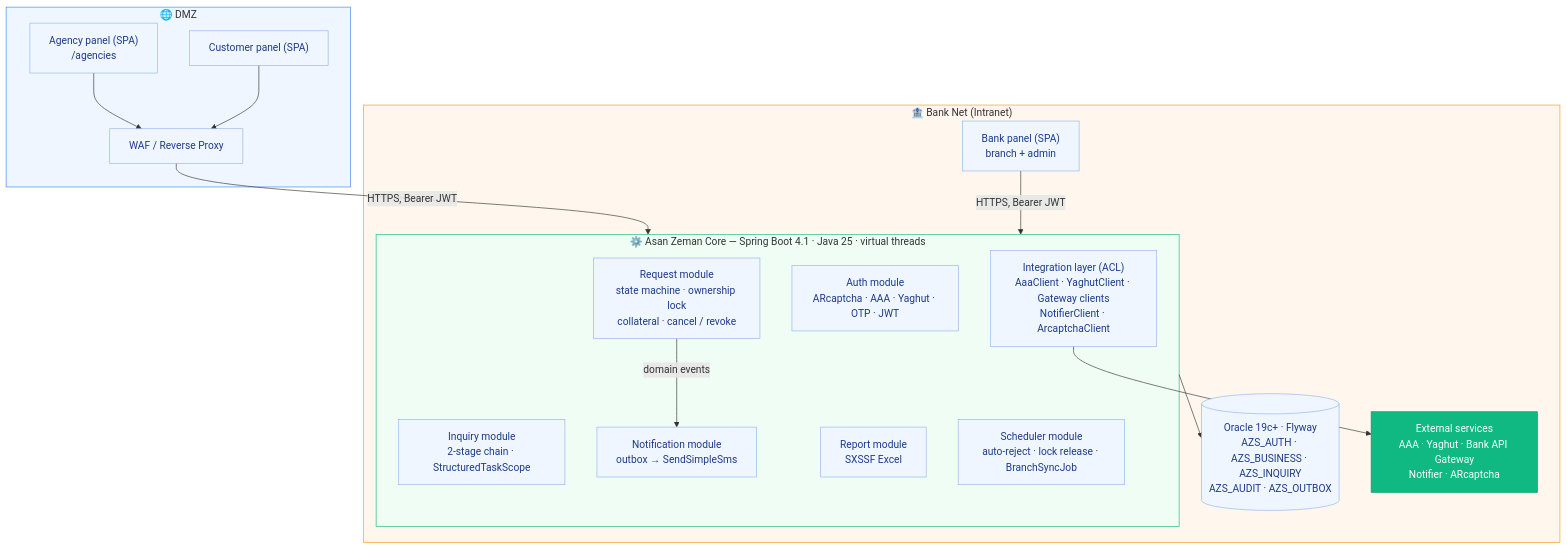
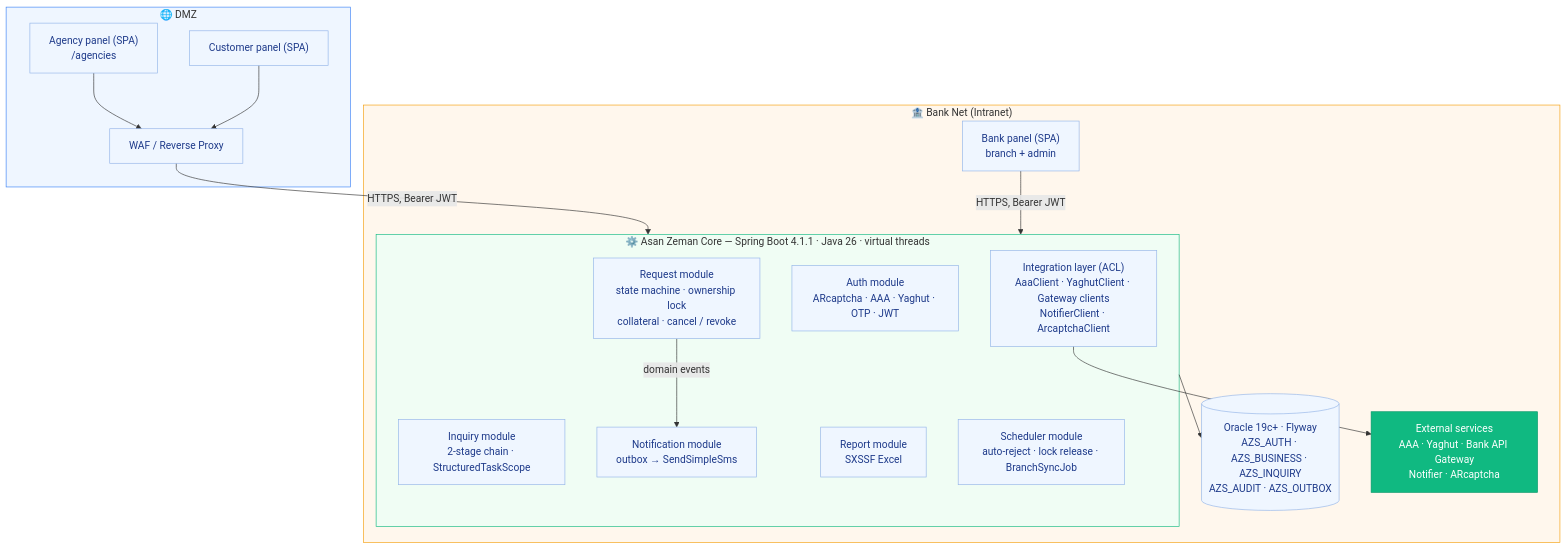
One commit to Mahmirba/AsanZeman changed the diagram in docs/architecture/diagrams/container.mmd. Above: the diagram before and after it, drawn with Mermaid. The commit also changed 7 other files, not shown here.

First line of the commit message:
plan, docs: Java 26 and Spring Boot 4.1.1 (D9 revised)

```diff
--- a/docs/architecture/diagrams/container.mmd
+++ b/docs/architecture/diagrams/container.mmd
@@ -1,33 +1,33 @@
 flowchart TB
   subgraph DMZ["🌐 DMZ"]
     AGP["Agency panel (SPA)<br/>/agencies"]:::box
     CUP["Customer panel (SPA)"]:::box
     WAF["WAF / Reverse Proxy"]:::box
   end
   subgraph INTRA["🏦 Bank Net (Intranet)"]
     BKP["Bank panel (SPA)<br/>branch + admin"]:::box
-    subgraph CORE["⚙️ Asan Zeman Core — Spring Boot 4.1 · Java 25 · virtual threads"]
+    subgraph CORE["⚙️ Asan Zeman Core — Spring Boot 4.1.1 · Java 26 · virtual threads"]
       AUTH["Auth module<br/>ARcaptcha · AAA · Yaghut · OTP · JWT"]:::box
       REQ["Request module<br/>state machine · ownership lock<br/>collateral · cancel / revoke"]:::box
       INQM["Inquiry module<br/>2-stage chain · StructuredTaskScope"]:::box
       NTF["Notification module<br/>outbox → SendSimpleSms"]:::box
       REP["Report module<br/>SXSSF Excel"]:::box
       SCH["Scheduler module<br/>auto-reject · lock release · BranchSyncJob"]:::box
       INT["Integration layer (ACL)<br/>AaaClient · YaghutClient · Gateway clients<br/>NotifierClient · ArcaptchaClient"]:::box
     end
     ORA[("Oracle 19c+ · Flyway<br/>AZS_AUTH · AZS_BUSINESS · AZS_INQUIRY<br/>AZS_AUDIT · AZS_OUTBOX")]:::box
     EXT["External services<br/>AAA · Yaghut · Bank API Gateway<br/>Notifier · ARcaptcha"]:::gw
   end
   AGP & CUP --> WAF
   WAF -- "HTTPS, Bearer JWT" --> CORE
   BKP -- "HTTPS, Bearer JWT" --> CORE
   REQ -- "domain events" --> NTF
   INT --> EXT
   CORE --> ORA
   style DMZ fill:#EFF6FF,stroke:#3B82F6
   style INTRA fill:#FFF7ED,stroke:#F59E0B
   style CORE fill:#F0FDF4,stroke:#10B981
 classDef box fill:#EFF6FF,stroke:#93B4E8,color:#1E3A8A;
 classDef core fill:#1E3A8A,stroke:#1E3A8A,color:#FFFFFF;
 classDef gw fill:#10B981,stroke:#059669,color:#FFFFFF;
 classDef manual fill:#F1F5F9,stroke:#64748B,color:#1E3A8A,stroke-dasharray: 5 5;
```
